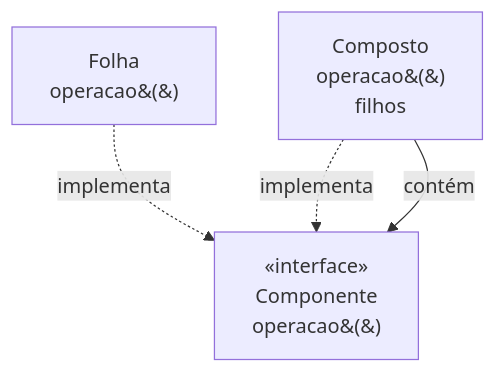
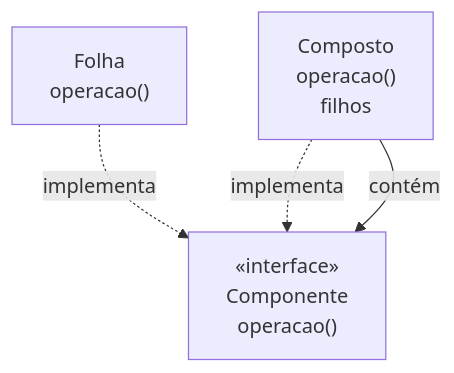
The diagram in docs/03-design-patterns/composite.md (oadcavalcante/software-architecture-mastery), drawn with Mermaid before and after one commit. The commit also changed 27 other files, not shown here.

First line of the commit message:
diagramas: parenteses renderizando como &(&) e largura ilegivel no telefone

````diff
--- a/docs/03-design-patterns/composite.md
+++ b/docs/03-design-patterns/composite.md
@@ -50,7 +50,7 @@
 ```mermaid
 graph TB
-  C["«interface»<br/>Componente<br/>operacao&#40;&#41;"]
-  F[Folha<br/>operacao&#40;&#41;] -.implementa.-> C
-  Co[Composto<br/>operacao&#40;&#41;<br/>filhos] -.implementa.-> C
+  C["«interface»<br/>Componente<br/>operacao()"]
+  F["Folha<br/>operacao()"] -.implementa.-> C
+  Co["Composto<br/>operacao()<br/>filhos"] -.implementa.-> C
   Co -->|contém| C
 ```
````
